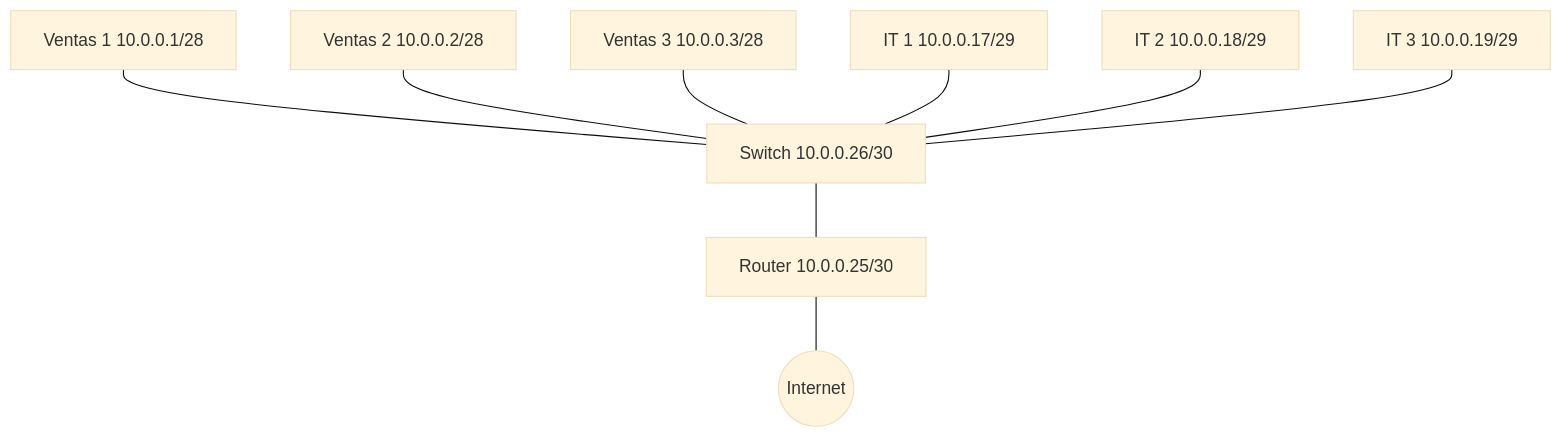
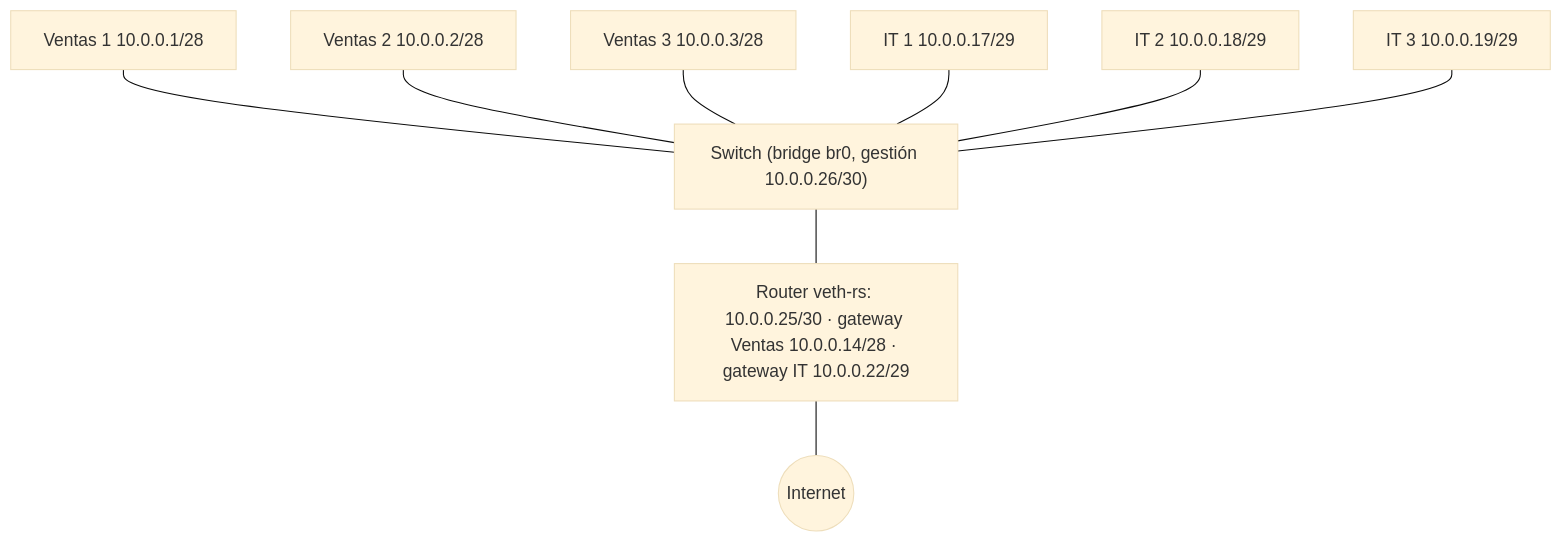
Before and after one commit to asideloko/Networking-Lab: the diagram in docs/labs/lab-04/index.md, drawn with Mermaid (base theme). The commit also changed other lines of this file and 18 other files, not shown here.

````diff
--- a/docs/labs/lab-04/index.md
+++ b/docs/labs/lab-04/index.md
@@ -60,20 +72,20 @@
 ```mermaid
 graph TB
     V1[Ventas 1 10.0.0.1/28]
     V2[Ventas 2 10.0.0.2/28]
     V3[Ventas 3 10.0.0.3/28]
     I1[IT 1 10.0.0.17/29]
     I2[IT 2 10.0.0.18/29]
     I3[IT 3 10.0.0.19/29]
-    R[Router 10.0.0.25/30]
-    SW[Switch 10.0.0.26/30]
+    R["Router veth-rs: 10.0.0.25/30 · gateway Ventas 10.0.0.14/28 · gateway IT 10.0.0.22/29"]
+    SW["Switch (bridge br0, gestión 10.0.0.26/30)"]
     Internet((Internet))
     V1 --- SW
     V2 --- SW
     V3 --- SW
     I1 --- SW
     I2 --- SW
     I3 --- SW
     SW --- R
     R --- Internet
 ```
````
